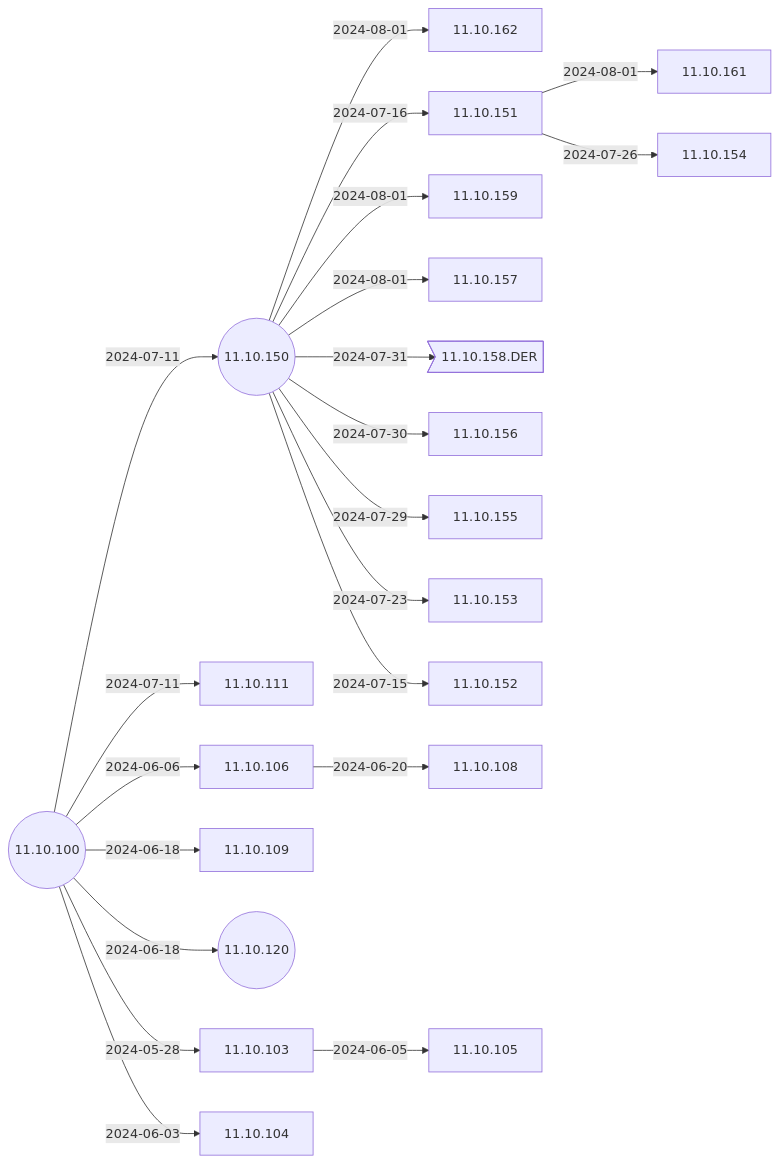
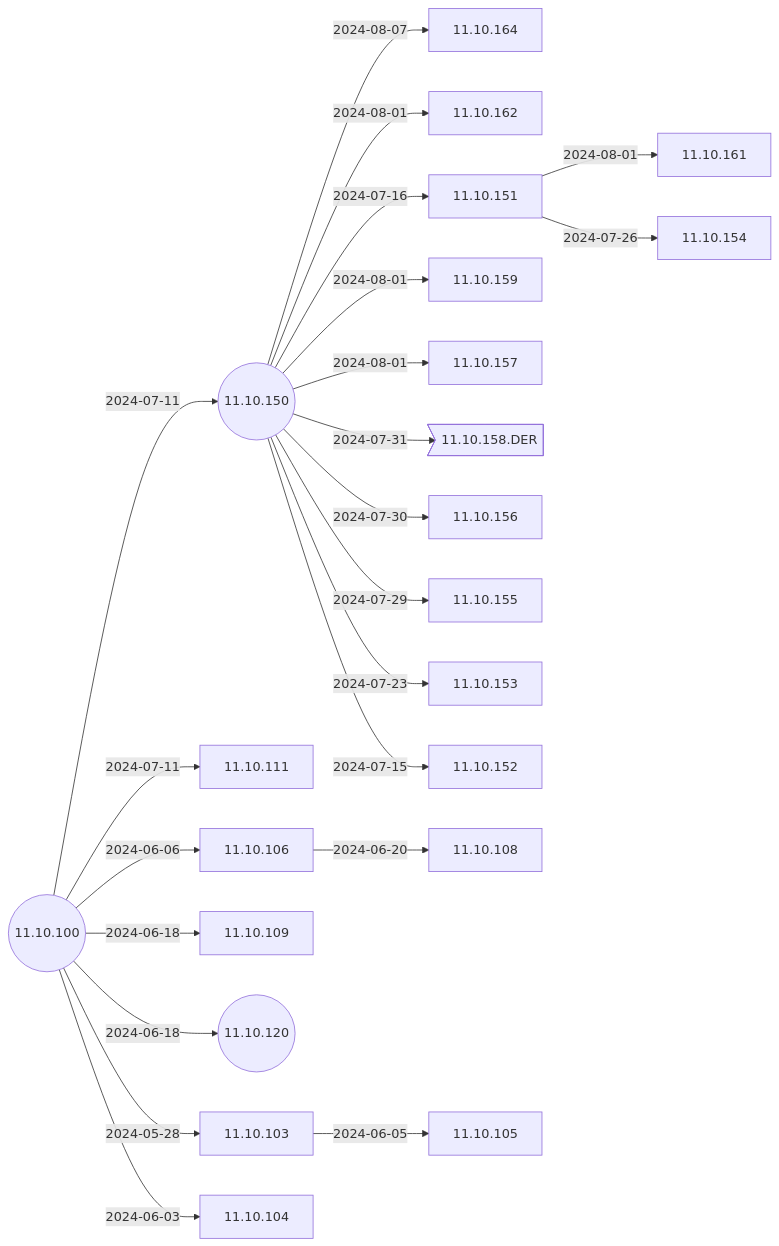
Before and after one commit to IGEL-Community/IGEL-Docs-v02: the second of 6 diagrams in docs/Docs/ReleaseNotes/01-OS11/README.md, drawn with Mermaid. The commit also changed 2 other files, not shown here.

Commit message:
11.10.164 < 11.10.150 11.10.164 < 11.10.150

````diff
--- a/docs/Docs/ReleaseNotes/01-OS11/README.md
+++ b/docs/Docs/ReleaseNotes/01-OS11/README.md
@@ -41,45 +41,47 @@
 ```mermaid
 flowchart LR
+    11.10.150-- 2024-08-07 -->11.10.164
     11.10.150-- 2024-08-01 -->11.10.162
     11.10.151-- 2024-08-01 -->11.10.161
     11.10.150-- 2024-08-01 -->11.10.159
     11.10.150-- 2024-08-01 -->11.10.157
     11.10.150-- 2024-07-31 -->11.10.158.DER>11.10.158.DER]
     11.10.150-- 2024-07-30 -->11.10.156
     11.10.150-- 2024-07-29 -->11.10.155
     11.10.151-- 2024-07-26 -->11.10.154
     11.10.150-- 2024-07-23 -->11.10.153
     11.10.150-- 2024-07-16 -->11.10.151
     11.10.150-- 2024-07-15 -->11.10.152
     11.10.100-- 2024-07-11 -->11.10.150((11.10.150))
     11.10.100-- 2024-07-11 -->11.10.111
     11.10.106-- 2024-06-20 -->11.10.108
     11.10.100-- 2024-06-18 -->11.10.109
     11.10.100-- 2024-06-18 -->11.10.120((11.10.120))
     11.10.100-- 2024-06-06 -->11.10.106
     11.10.103-- 2024-06-05 -->11.10.105
     11.10.100-- 2024-06-03 -->11.10.104
     11.10.100-- 2024-05-28 -->11.10.103
     11.10.100((11.10.100))
+    click 11.10.164 "https://github.com/IGEL-Community/IGEL-Docs-v02/tree/main/docs/Docs/ReleaseNotes/01-OS11/readme11.10.164.txt" _blank
     click 11.10.162 "https://github.com/IGEL-Community/IGEL-Docs-v02/tree/main/docs/Docs/ReleaseNotes/01-OS11/readme11.10.162.txt" _blank
     click 11.10.161 "https://github.com/IGEL-Community/IGEL-Docs-v02/tree/main/docs/Docs/ReleaseNotes/01-OS11/readme11.10.161.txt" _blank
     click 11.10.159 "https://github.com/IGEL-Community/IGEL-Docs-v02/tree/main/docs/Docs/ReleaseNotes/01-OS11/readme11.10.159.txt" _blank
     click 11.10.157 "https://github.com/IGEL-Community/IGEL-Docs-v02/tree/main/docs/Docs/ReleaseNotes/01-OS11/readme11.10.157.txt" _blank
     click 11.10.158.DER "https://github.com/IGEL-Community/IGEL-Docs-v02/tree/main/docs/Docs/ReleaseNotes/01-OS11/readme11.10.158.DER.txt" _blank
     click 11.10.156 "https://github.com/IGEL-Community/IGEL-Docs-v02/tree/main/docs/Docs/ReleaseNotes/01-OS11/readme11.10.156.txt" _blank
     click 11.10.155 "https://github.com/IGEL-Community/IGEL-Docs-v02/tree/main/docs/Docs/ReleaseNotes/01-OS11/readme11.10.155.txt" _blank
     click 11.10.154 "https://github.com/IGEL-Community/IGEL-Docs-v02/tree/main/docs/Docs/ReleaseNotes/01-OS11/readme11.10.154.txt" _blank
     click 11.10.153 "https://github.com/IGEL-Community/IGEL-Docs-v02/tree/main/docs/Docs/ReleaseNotes/01-OS11/readme11.10.153.txt" _blank
     click 11.10.151 "https://github.com/IGEL-Community/IGEL-Docs-v02/tree/main/docs/Docs/ReleaseNotes/01-OS11/readme11.10.151.txt" _blank
     click 11.10.152 "https://github.com/IGEL-Community/IGEL-Docs-v02/tree/main/docs/Docs/ReleaseNotes/01-OS11/readme11.10.152.txt" _blank
     click 11.10.111 "https://github.com/IGEL-Community/IGEL-Docs-v02/tree/main/docs/Docs/ReleaseNotes/01-OS11/readme11.10.111.txt" _blank
     click 11.10.150 "https://github.com/IGEL-Community/IGEL-Docs-v02/tree/main/docs/Docs/ReleaseNotes/01-OS11/readme11.10.150.txt" _blank
     click 11.10.108 "https://github.com/IGEL-Community/IGEL-Docs-v02/tree/main/docs/Docs/ReleaseNotes/01-OS11/readme11.10.108.txt" _blank
     click 11.10.109 "https://github.com/IGEL-Community/IGEL-Docs-v02/tree/main/docs/Docs/ReleaseNotes/01-OS11/readme11.10.109.txt" _blank
     click 11.10.120 "https://github.com/IGEL-Community/IGEL-Docs-v02/tree/main/docs/Docs/ReleaseNotes/01-OS11/readme11.10.120.txt" _blank
     click 11.10.106 "https://github.com/IGEL-Community/IGEL-Docs-v02/tree/main/docs/Docs/ReleaseNotes/01-OS11/readme11.10.106.txt" _blank
     click 11.10.105 "https://github.com/IGEL-Community/IGEL-Docs-v02/tree/main/docs/Docs/ReleaseNotes/01-OS11/readme11.10.105.txt" _blank
     click 11.10.104 "https://github.com/IGEL-Community/IGEL-Docs-v02/tree/main/docs/Docs/ReleaseNotes/01-OS11/readme11.10.104.txt" _blank
     click 11.10.103 "https://github.com/IGEL-Community/IGEL-Docs-v02/tree/main/docs/Docs/ReleaseNotes/01-OS11/readme11.10.103.txt" _blank
     click 11.10.100 "https://github.com/IGEL-Community/IGEL-Docs-v02/tree/main/docs/Docs/ReleaseNotes/01-OS11/readme11.10.100.txt" _blank
 ```
````
